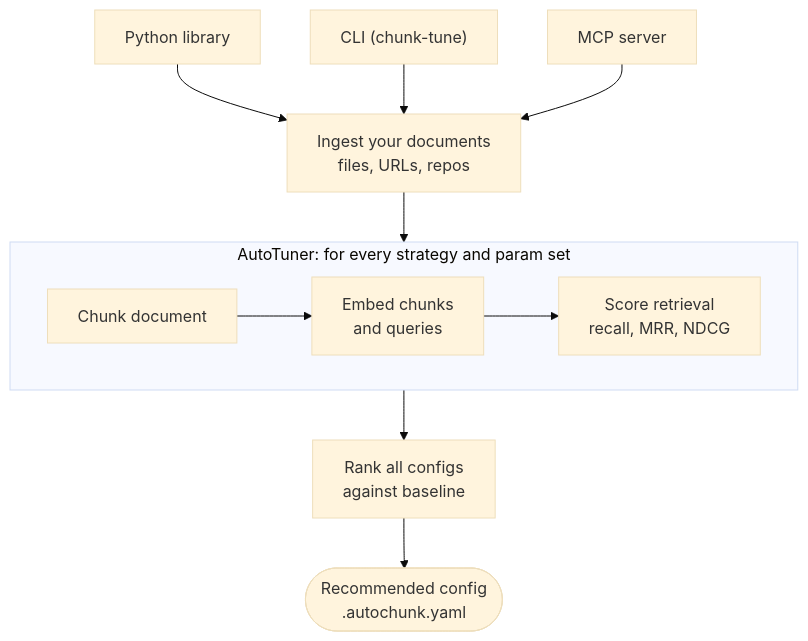
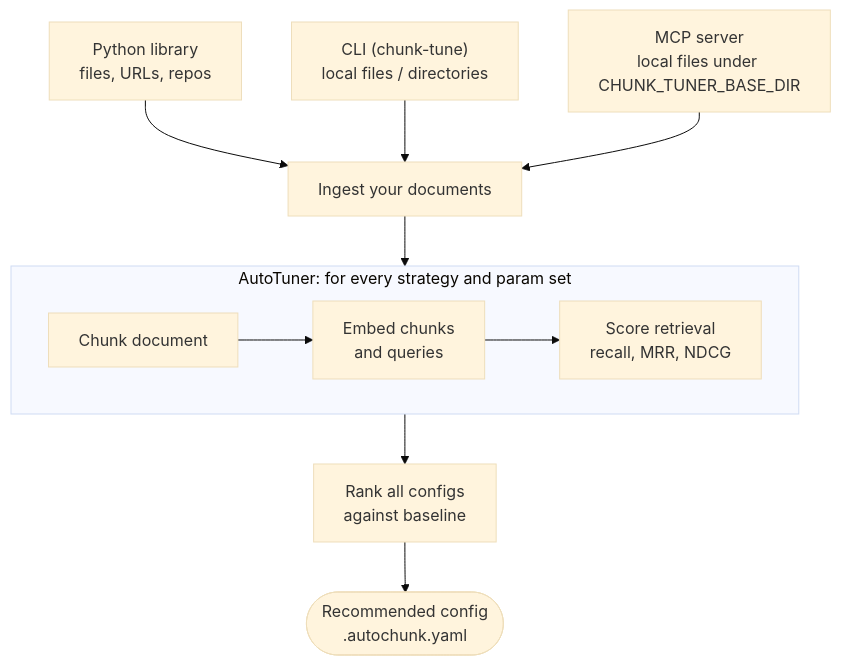
One commit to shantanu-deshmukh/chunktuner changed the diagram in README.md. Above: the diagram before and after it, drawn with Mermaid (base theme). The commit also changed other lines of this file and 53 other files, not shown here.

````diff
--- a/README.md
+++ b/README.md
@@ -15,15 +15,15 @@
 ```mermaid
 flowchart TD
-    Lib["Python library"] --> Ingest
-    CLI["CLI (chunk-tune)"] --> Ingest
-    MCP["MCP server"] --> Ingest
+    Lib["Python library<br/>files, URLs, repos"] --> Ingest
+    CLI["CLI (chunk-tune)<br/>local files / directories"] --> Ingest
+    MCP["MCP server<br/>local files under CHUNK_TUNER_BASE_DIR"] --> Ingest
 
-    Ingest["Ingest your documents<br/>files, URLs, repos"] --> Tune
+    Ingest["Ingest your documents"] --> Tune
 
     subgraph Tune ["AutoTuner: for every strategy and param set"]
         direction LR
         Chunk["Chunk document"] --> Embed["Embed chunks<br/>and queries"] --> Score["Score retrieval<br/>recall, MRR, NDCG"]
     end
 
     Tune --> Rank["Rank all configs<br/>against baseline"] --> Best(["Recommended config<br/>.autochunk.yaml"])
 ```
````
